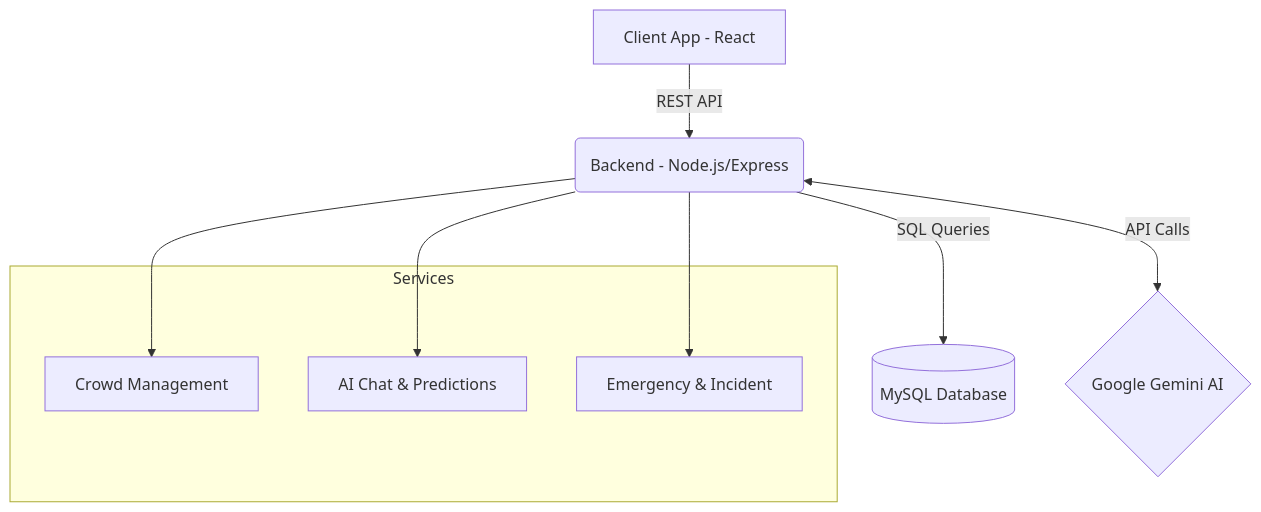
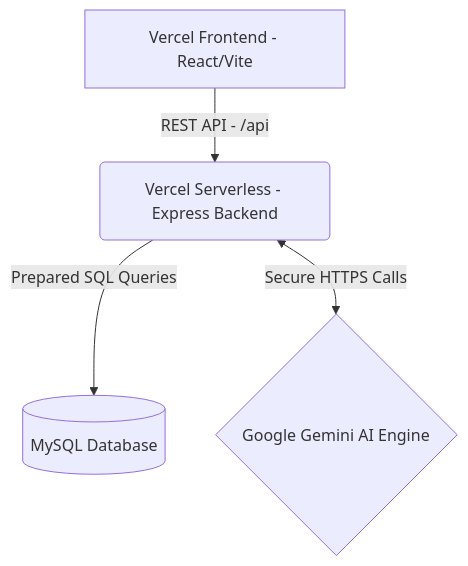
The diagram in README.md (Suvranil3/fifa), drawn with Mermaid before and after one commit. The commit also changed other lines of this file, not shown here.

Commit message:
docs: Update README.md with VisionOS theme details and Vercel Serverless monorepo instructions

````diff
--- a/README.md
+++ b/README.md
@@ -35,15 +29,6 @@
 ```mermaid
 graph TD
-    A[Client App - React] -->|REST API| B(Backend - Node.js/Express)
-    B -->|SQL Queries| C[(MySQL Database)]
-    B <-->|API Calls| D{Google Gemini AI}
-    
-    subgraph Services
-    E[Crowd Management]
-    F[AI Chat & Predictions]
-    G[Emergency & Incident]
-    end
-    B --> E
-    B --> F
-    B --> G
+    A[Vercel Frontend - React/Vite] -->|REST API - /api| B(Vercel Serverless - Express Backend)
+    B -->|Prepared SQL Queries| C[(MySQL Database)]
+    B <-->|Secure HTTPS Calls| D{Google Gemini AI Engine}
 ```
````
